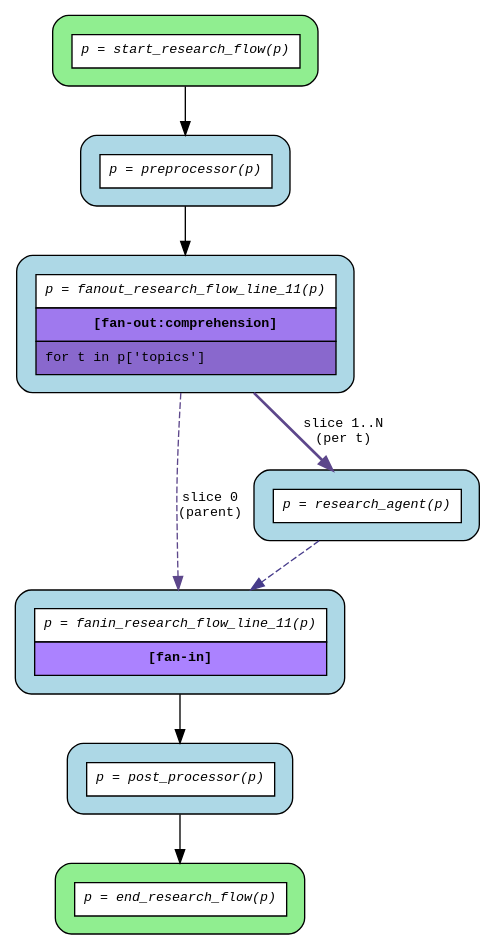
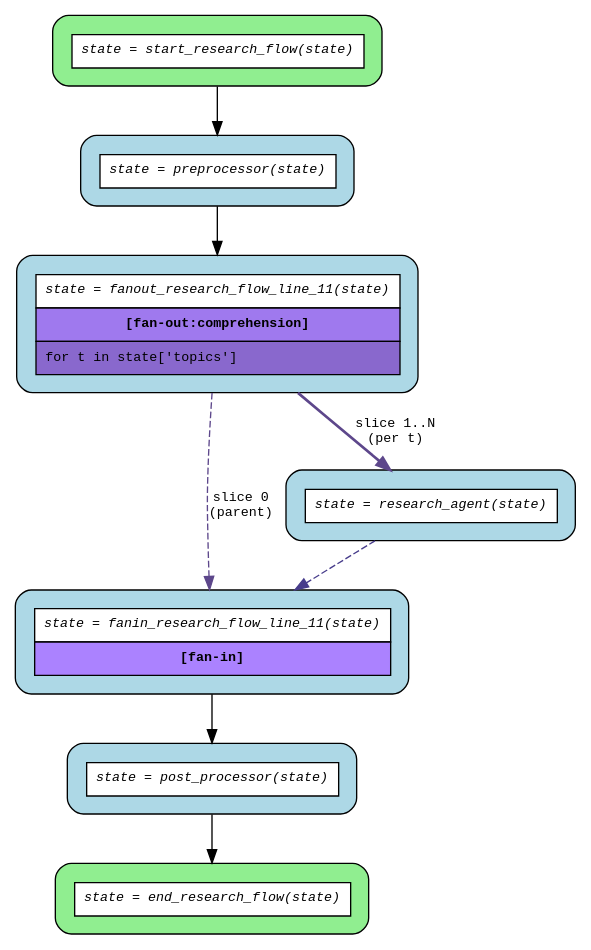
The diagram in examples/flows/compiled/fanout_comprehension/flow.dot (mrhillsman-enterprise-ai/asya), drawn with Graphviz before and after one commit. The commit also changed 34 other files, not shown here.

First line of the commit message:
feat(flow): expand compiler syntax support and improve error messages (#243)

```diff
--- a/examples/flows/compiled/fanout_comprehension/flow.dot
+++ b/examples/flows/compiled/fanout_comprehension/flow.dot
@@ -1,22 +1,22 @@
 digraph flow {
   rankdir=TB;
   graph [fontname="Courier", fontsize=10];
   node [fontname="Courier", fontsize=10, shape=box, style="filled,rounded", margin="0.2"];
   edge [fontname="Courier", fontsize=10];
 
-  start_research_flow [fillcolor="lightgreen", group="main", label=<<table border="0" cellspacing="0" cellpadding="6" cellborder="1"><tr><td bgcolor="white" align="center"><i>p = start_research_flow(p)</i></td></tr></table>>];
-  fanout_research_flow_line_11 [fillcolor="lightblue", group="main", label=<<table border="0" cellspacing="0" cellpadding="6" cellborder="1"><tr><td bgcolor="white" align="center"><i>p = fanout_research_flow_line_11(p)</i></td></tr><tr><td bgcolor="mediumpurple2" align="center"><b>[fan-out:comprehension]</b></td></tr><tr><td bgcolor="mediumpurple3" align="left">for t in p['topics']</td></tr></table>>];
-  end_research_flow [fillcolor="lightgreen", group="main", label=<<table border="0" cellspacing="0" cellpadding="6" cellborder="1"><tr><td bgcolor="white" align="center"><i>p = end_research_flow(p)</i></td></tr></table>>];
-  fanin_research_flow_line_11 [fillcolor="lightblue", label=<<table border="0" cellspacing="0" cellpadding="6" cellborder="1"><tr><td bgcolor="white" align="center"><i>p = fanin_research_flow_line_11(p)</i></td></tr><tr><td bgcolor="mediumpurple1" align="center"><b>[fan-in]</b></td></tr></table>>];
-  post_processor [fillcolor="lightblue", label=<<table border="0" cellspacing="0" cellpadding="6" cellborder="1"><tr><td bgcolor="white" align="center"><i>p = post_processor(p)</i></td></tr></table>>];
-  preprocessor [fillcolor="lightblue", label=<<table border="0" cellspacing="0" cellpadding="6" cellborder="1"><tr><td bgcolor="white" align="center"><i>p = preprocessor(p)</i></td></tr></table>>];
-  research_agent [fillcolor="lightblue", label=<<table border="0" cellspacing="0" cellpadding="6" cellborder="1"><tr><td bgcolor="white" align="center"><i>p = research_agent(p)</i></td></tr></table>>];
+  start_research_flow [fillcolor="lightgreen", group="main", label=<<table border="0" cellspacing="0" cellpadding="6" cellborder="1"><tr><td bgcolor="white" align="center"><i>state = start_research_flow(state)</i></td></tr></table>>];
+  fanout_research_flow_line_11 [fillcolor="lightblue", group="main", label=<<table border="0" cellspacing="0" cellpadding="6" cellborder="1"><tr><td bgcolor="white" align="center"><i>state = fanout_research_flow_line_11(state)</i></td></tr><tr><td bgcolor="mediumpurple2" align="center"><b>[fan-out:comprehension]</b></td></tr><tr><td bgcolor="mediumpurple3" align="left">for t in state['topics']</td></tr></table>>];
+  end_research_flow [fillcolor="lightgreen", group="main", label=<<table border="0" cellspacing="0" cellpadding="6" cellborder="1"><tr><td bgcolor="white" align="center"><i>state = end_research_flow(state)</i></td></tr></table>>];
+  fanin_research_flow_line_11 [fillcolor="lightblue", label=<<table border="0" cellspacing="0" cellpadding="6" cellborder="1"><tr><td bgcolor="white" align="center"><i>state = fanin_research_flow_line_11(state)</i></td></tr><tr><td bgcolor="mediumpurple1" align="center"><b>[fan-in]</b></td></tr></table>>];
+  post_processor [fillcolor="lightblue", label=<<table border="0" cellspacing="0" cellpadding="6" cellborder="1"><tr><td bgcolor="white" align="center"><i>state = post_processor(state)</i></td></tr></table>>];
+  preprocessor [fillcolor="lightblue", label=<<table border="0" cellspacing="0" cellpadding="6" cellborder="1"><tr><td bgcolor="white" align="center"><i>state = preprocessor(state)</i></td></tr></table>>];
+  research_agent [fillcolor="lightblue", label=<<table border="0" cellspacing="0" cellpadding="6" cellborder="1"><tr><td bgcolor="white" align="center"><i>state = research_agent(state)</i></td></tr></table>>];
 
   fanin_research_flow_line_11 -> post_processor;
   fanout_research_flow_line_11 -> fanin_research_flow_line_11 [color=mediumpurple4, label="slice 0\n(parent)", style=dashed];
   fanout_research_flow_line_11 -> research_agent [color=mediumpurple4, label="slice 1..N\n(per t)", style=bold];
   post_processor -> end_research_flow;
   preprocessor -> fanout_research_flow_line_11;
   research_agent -> fanin_research_flow_line_11 [color=slateblue4, style=dashed];
   start_research_flow -> preprocessor;
 }
```
